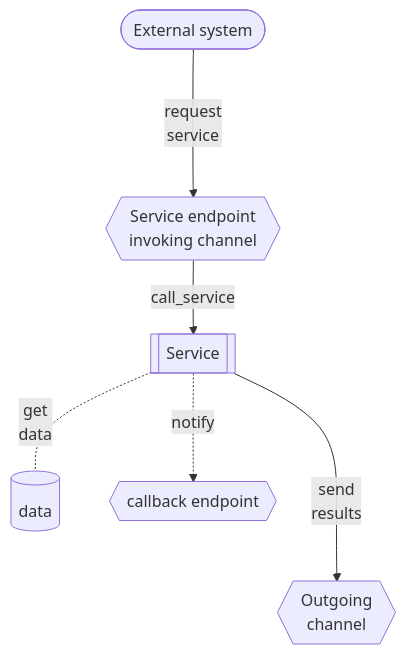
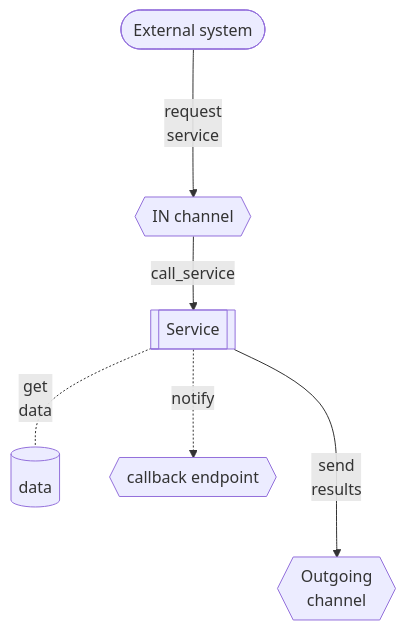
The diagram in doc_src/810-DSGN/130.02-Overview.md (petre-renware/arint), drawn with Mermaid before and after one commit.

````diff
--- a/doc_src/810-DSGN/130.02-Overview.md
+++ b/doc_src/810-DSGN/130.02-Overview.md
@@ -24,15 +24,15 @@
 ``` mermaid
 graph TD
     SRV[[Service]]
     EXT([External system])
-    INCH{{Service endpoint \n invoking channel}}
+    INCH{{IN channel}}
     DTB[(data)]
     OUTCH{{Outgoing \n channel}}
     CALLBCK{{callback endpoint}}
     
     EXT --->|request \n service| INCH
     INCH --> |call_service| SRV
     SRV -.- |get \n data| DTB
     SRV --->|send \n results| OUTCH
     SRV -.-> |notify| CALLBCK
 ```
````
